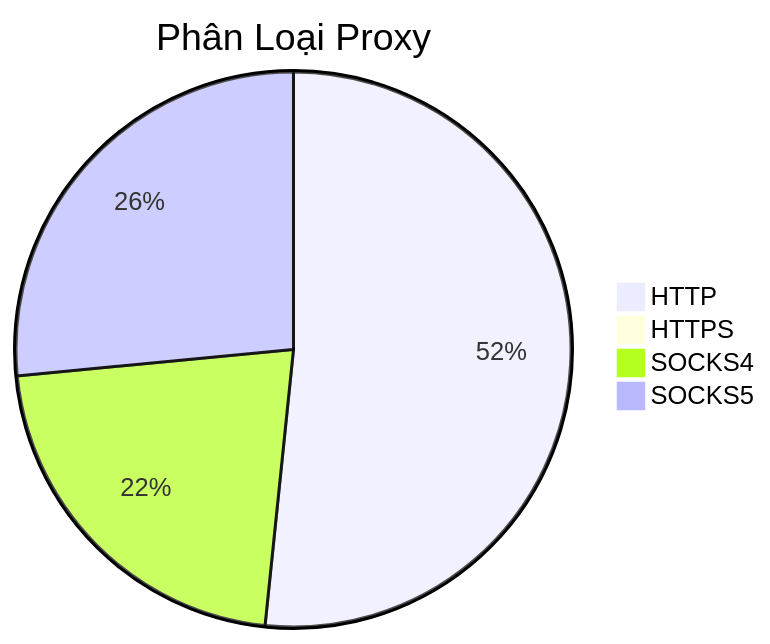
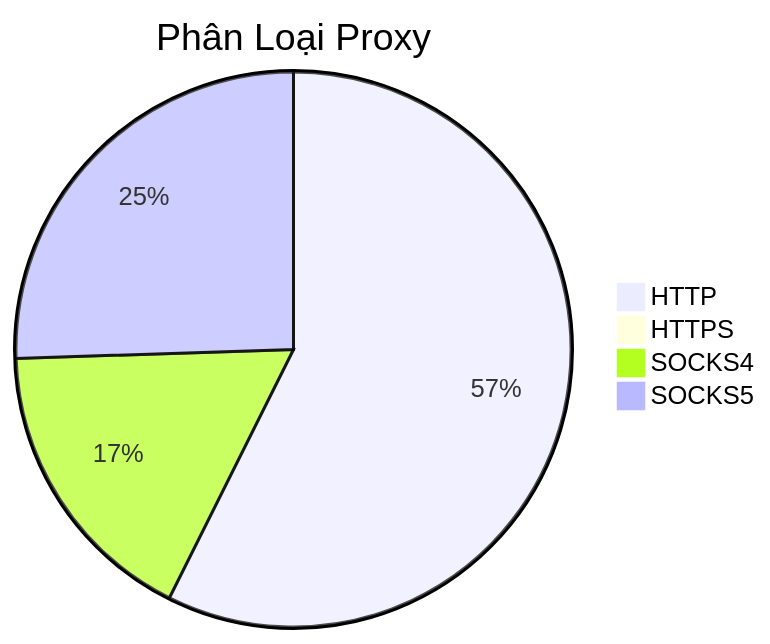
One commit to Ciara-Aa/PROXY-free changed the diagram in README.md. Above: the diagram before and after it, drawn with Mermaid. The commit also changed other lines of this file and 4 other files, not shown here.

````diff
--- a/README.md
+++ b/README.md
@@ -26,7 +26,7 @@
 ```mermaid
 pie title Phân Loại Proxy
-    "HTTP" : 442
-    "HTTPS" : 2
-    "SOCKS4" : 187
-    "SOCKS5" : 227
+    "HTTP" : 560
+    "HTTPS" : 4
+    "SOCKS4" : 167
+    "SOCKS5" : 249
 ```
````
